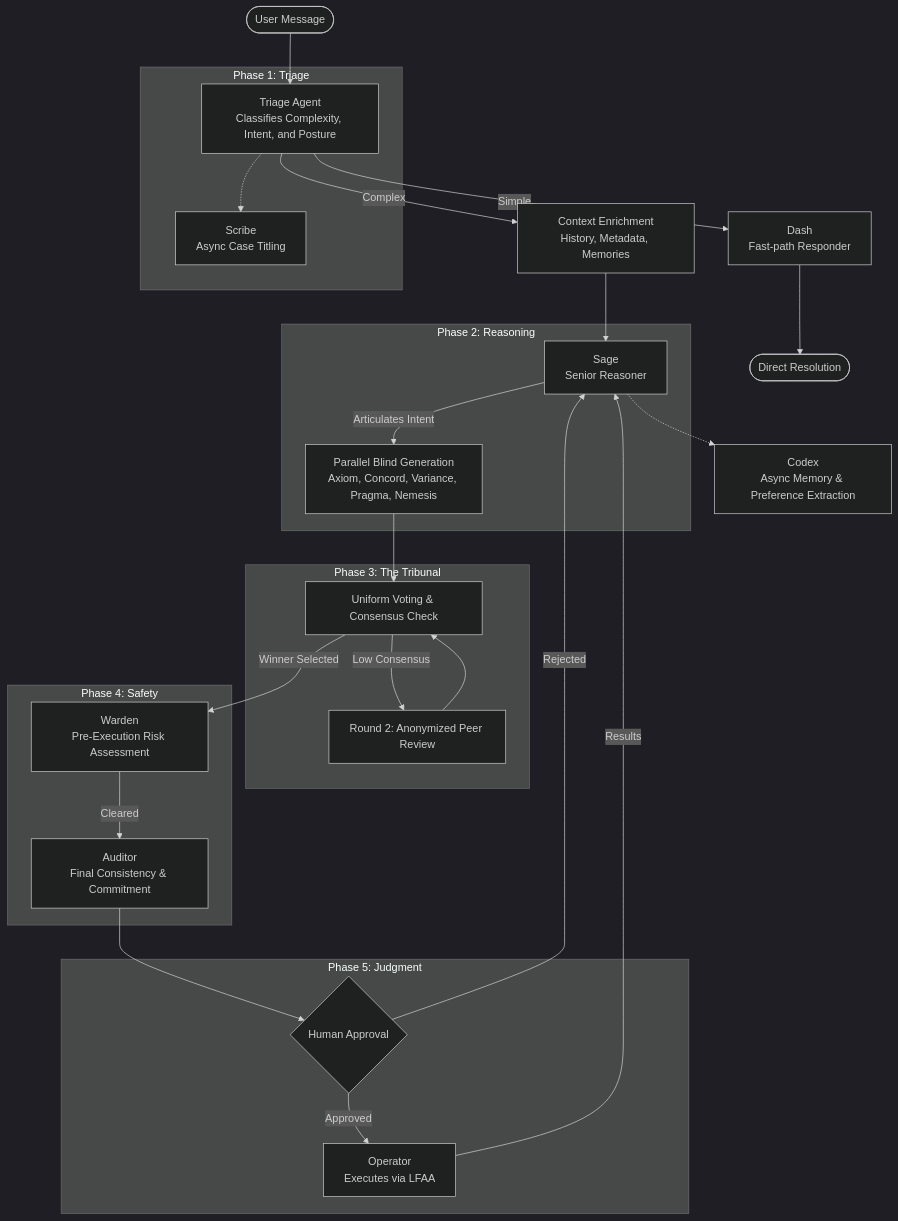
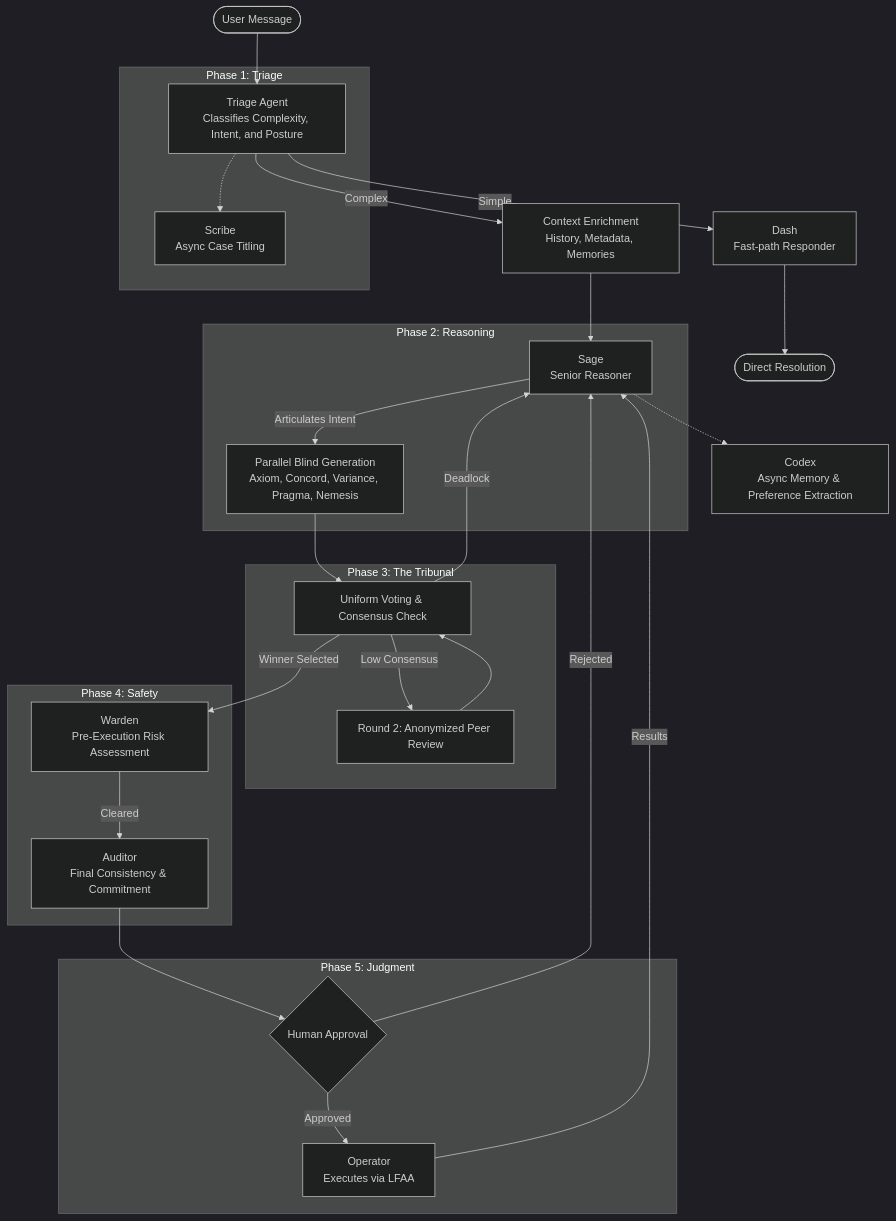
One commit to g8e-ai/g8e changed the first of 2 diagrams in README.md. Above: the diagram before and after it, drawn with Mermaid (dark theme). The commit also changed other lines of this file and 26 other files, not shown here.

````diff
--- a/README.md
+++ b/README.md
@@ -53,46 +53,47 @@
 ```mermaid
 flowchart TD
     User([User Message]) --> Triage
 
     subgraph Phase_1 [Phase 1: Triage]
         Triage[Triage Agent<br>Classifies Complexity, Intent, and Posture]
         Scribe[Scribe<br>Async Case Titling]
         Triage -.-> Scribe
     end
 
     Triage -- "Simple" --> Dash[Dash<br>Fast-path Responder]
     Dash --> Output([Direct Resolution])
 
     Triage -- "Complex" --> Context[Context Enrichment<br>History, Metadata, Memories]
     Context --> Sage[Sage<br>Senior Reasoner]
 
     Codex[Codex<br>Async Memory & Preference Extraction]
     Sage -.-> Codex
 
     subgraph Phase_2 [Phase 2: Reasoning]
         Sage -- "Articulates Intent" --> Tribunal
     end
 
     subgraph Phase_3 [Phase 3: The Tribunal]
         Tribunal[Parallel Blind Generation<br>Axiom, Concord, Variance, Pragma, Nemesis]
         Tribunal --> Consensus[Uniform Voting & Consensus Check]
         Consensus -- "Low Consensus" --> R2[Round 2: Anonymized Peer Review]
         R2 --> Consensus
+        Consensus -- "Deadlock" --> Sage
     end
 
     Consensus -- "Winner Selected" --> Warden
 
     subgraph Phase_4 [Phase 4: Safety]
         Warden[Warden<br>Pre-Execution Risk Assessment]
         Warden -- "Cleared" --> Auditor
     end
 
     subgraph Phase_5 [Phase 5: Judgment]
         Auditor[Auditor<br>Final Consistency & Commitment]
         Auditor --> Human{Human Approval}
         Human -- "Approved" --> Operator[Operator<br>Executes via LFAA]
         Operator -- "Results" --> Sage
     end
 
     Human -- "Rejected" --> Sage
 ```
````
